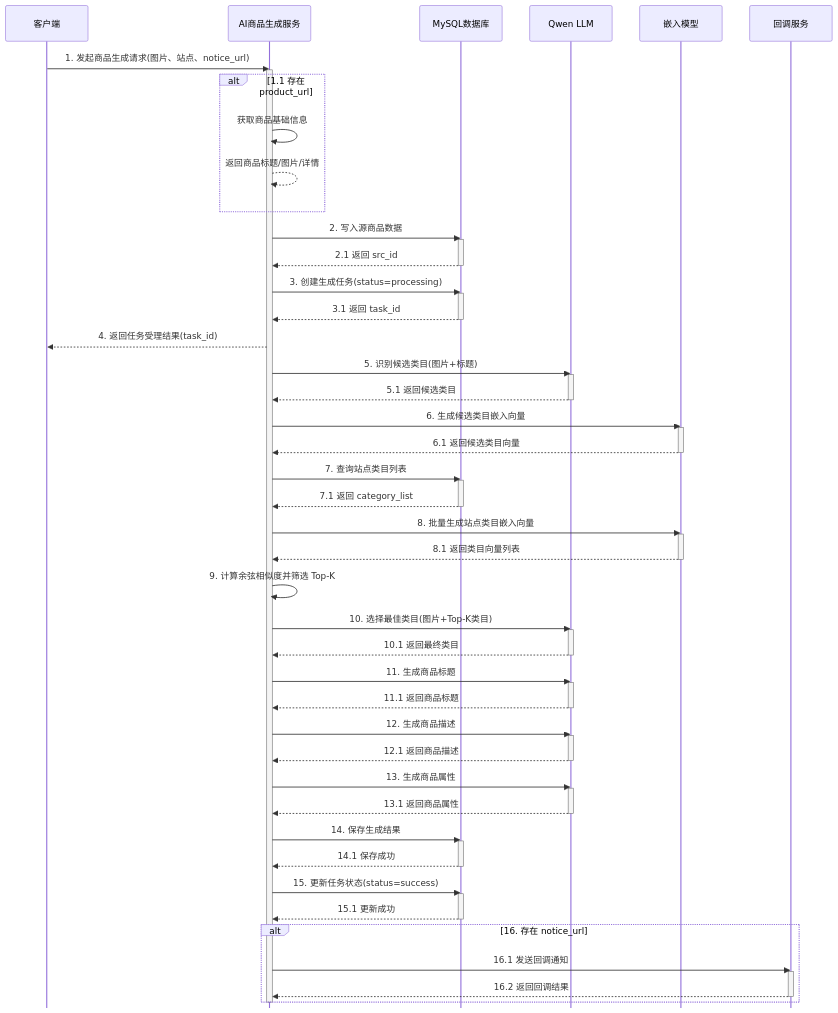
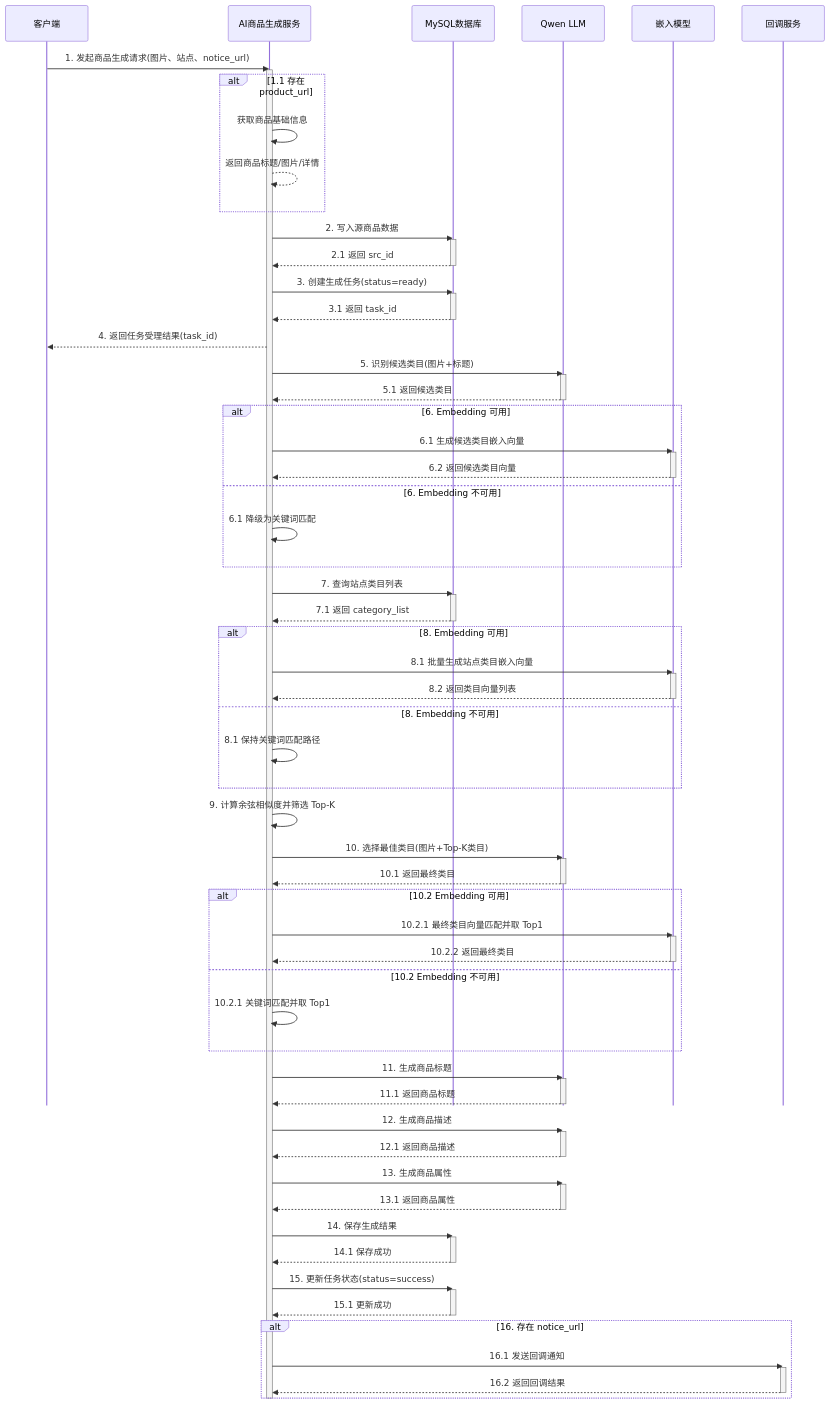
Before and after one commit to RudyGo8/AI_List_Generate: the second of 2 diagrams in README.md, drawn with Mermaid. The commit also changed other lines of this file and 622 other files, not shown here.

```diff
--- a/README.md
+++ b/README.md
@@ -62,7 +138,7 @@
     DB-->>API: 2.1 返回 src_id
     deactivate DB
 
-    API->>DB: 3. 创建生成任务(status=processing)
+    API->>DB: 3. 创建生成任务(status=ready)
     activate DB
     DB-->>API: 3.1 返回 task_id
     deactivate DB
@@ -74,20 +150,28 @@
     LLM-->>API: 5.1 返回候选类目
     deactivate LLM
 
-    API->>Embedding: 6. 生成候选类目嵌入向量
-    activate Embedding
-    Embedding-->>API: 6.1 返回候选类目向量
-    deactivate Embedding
+    alt 6. Embedding 可用
+        API->>Embedding: 6.1 生成候选类目嵌入向量
+        activate Embedding
+        Embedding-->>API: 6.2 返回候选类目向量
+        deactivate Embedding
+    else 6. Embedding 不可用
+        API->>API: 6.1 降级为关键词匹配
+    end
 
     API->>DB: 7. 查询站点类目列表
     activate DB
     DB-->>API: 7.1 返回 category_list
     deactivate DB
 
-    API->>Embedding: 8. 批量生成站点类目嵌入向量
-    activate Embedding
-    Embedding-->>API: 8.1 返回类目向量列表
-    deactivate Embedding
+    alt 8. Embedding 可用
+        API->>Embedding: 8.1 批量生成站点类目嵌入向量
+        activate Embedding
+        Embedding-->>API: 8.2 返回类目向量列表
+        deactivate Embedding
+    else 8. Embedding 不可用
+        API->>API: 8.1 保持关键词匹配路径
+    end
 
     API->>API: 9. 计算余弦相似度并筛选 Top-K
 
@@ -95,6 +179,15 @@
     activate LLM
     LLM-->>API: 10.1 返回最终类目
     deactivate LLM
+
+    alt 10.2 Embedding 可用
+        API->>Embedding: 10.2.1 最终类目向量匹配并取 Top1
+        activate Embedding
+        Embedding-->>API: 10.2.2 返回最终类目
+        deactivate Embedding
+    else 10.2 Embedding 不可用
+        API->>API: 10.2.1 关键词匹配并取 Top1
+    end
 
     API->>LLM: 11. 生成商品标题
     activate LLM
```
